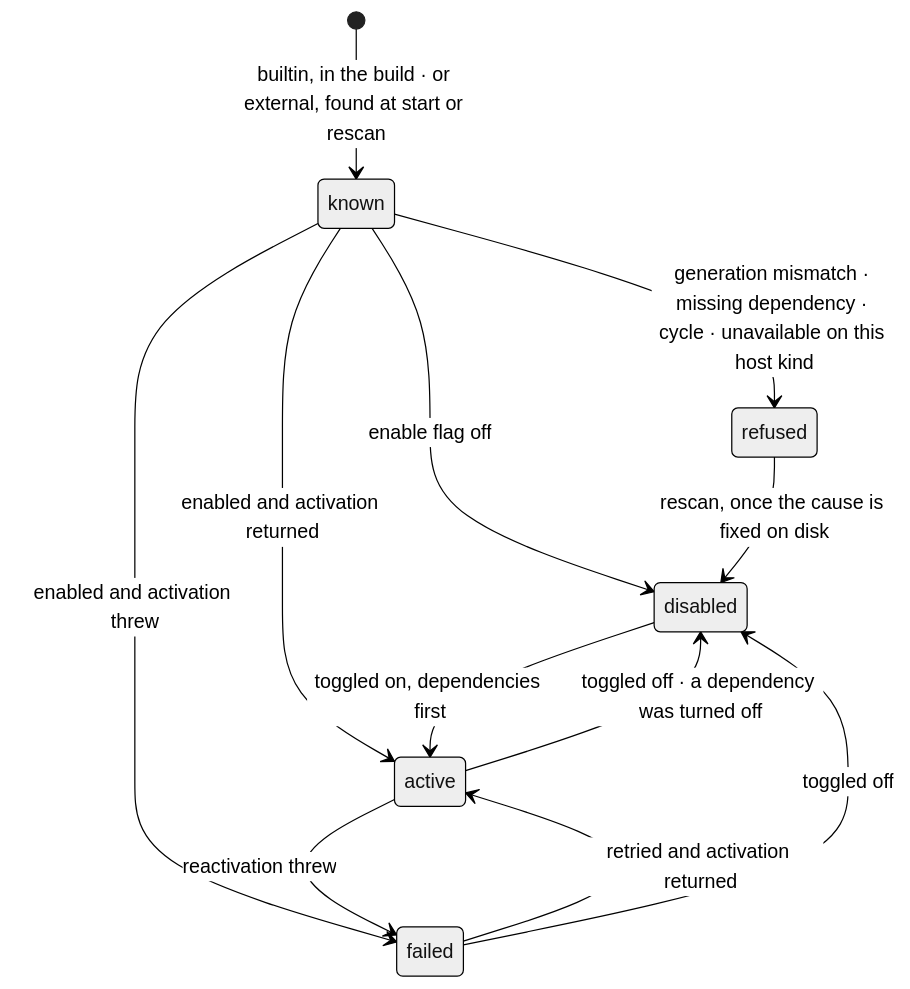
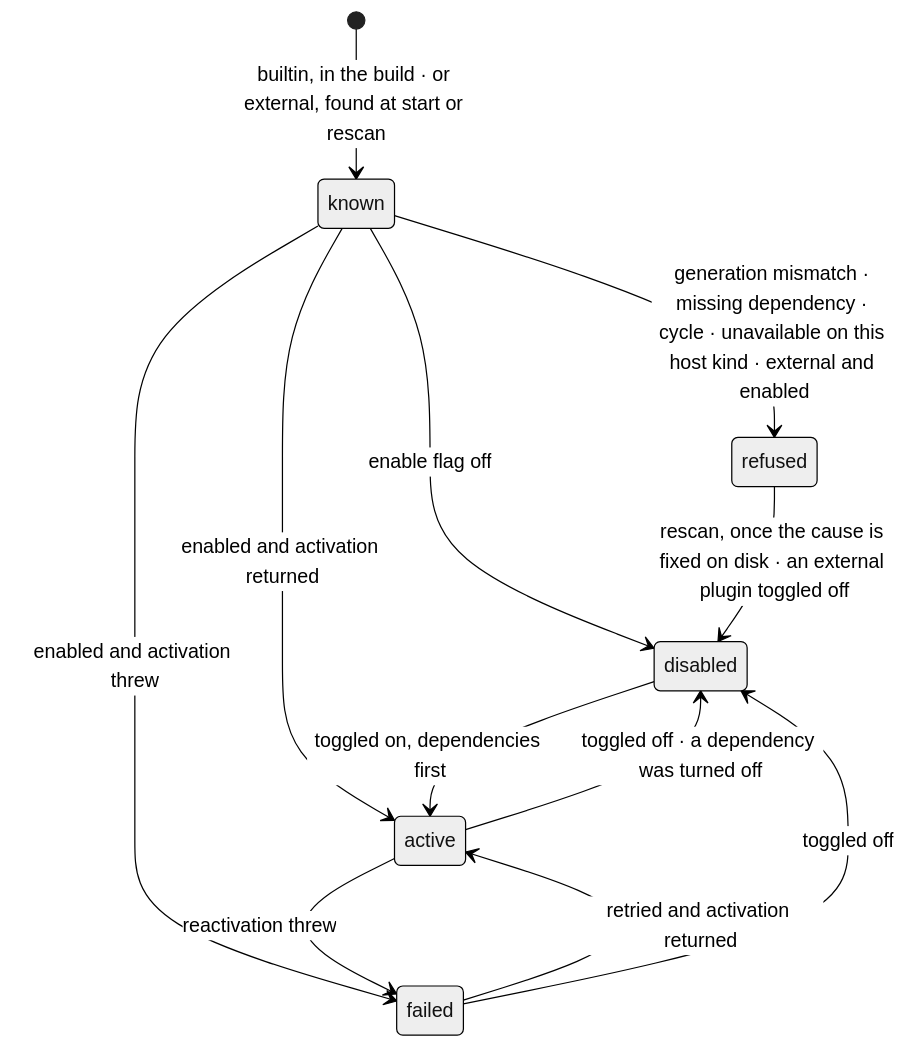
One commit to CommanderTvis/sharprail changed the sixth of 9 diagrams in src/SharpRail.Plugins.Api/SPEC.md. Above: the diagram before and after it, drawn with Mermaid (neutral theme). The commit also changed other lines of this file and 37 other files, not shown here.

First line of the commit message:
External plugins: discovered and refused, no assembly loading in the host or the app

````diff
--- a/src/SharpRail.Plugins.Api/SPEC.md
+++ b/src/SharpRail.Plugins.Api/SPEC.md
@@ -452,14 +458,14 @@
 ```mermaid
 stateDiagram-v2
     [*] --> known: builtin, in the build · or external, found at start or rescan
-    known --> refused: generation mismatch · missing dependency · cycle · unavailable on this host kind
+    known --> refused: generation mismatch · missing dependency · cycle · unavailable on this host kind · external and enabled
     known --> disabled: enable flag off
     known --> active: enabled and activation returned
     known --> failed: enabled and activation threw
     disabled --> active: toggled on, dependencies first
     active --> disabled: toggled off · a dependency was turned off
     active --> failed: reactivation threw
     failed --> active: retried and activation returned
     failed --> disabled: toggled off
-    refused --> disabled: rescan, once the cause is fixed on disk
+    refused --> disabled: rescan, once the cause is fixed on disk · an external plugin toggled off
 ```
````
